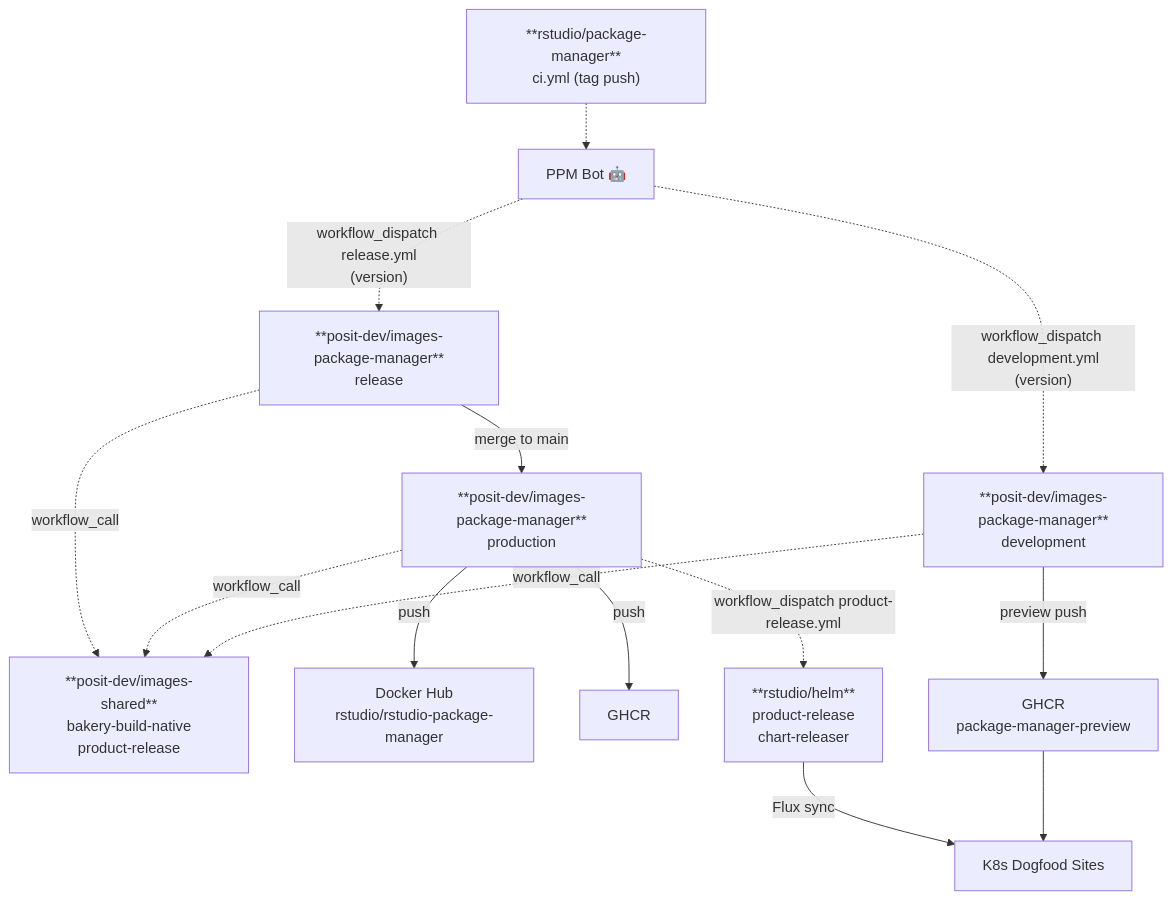
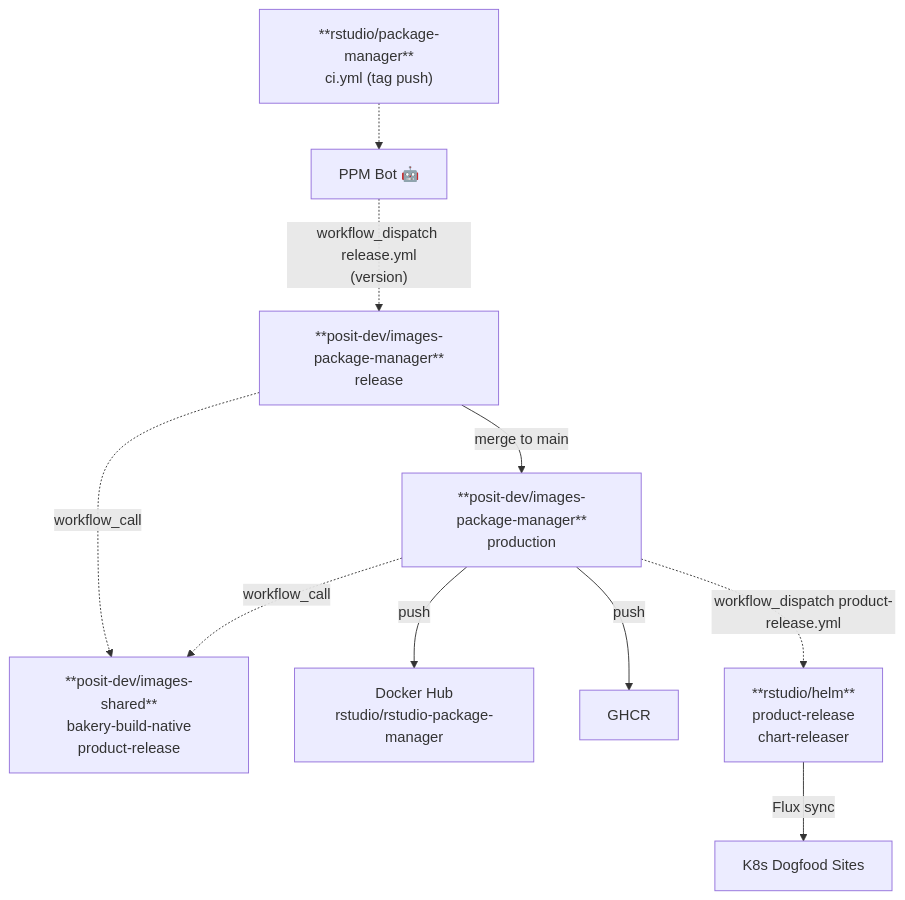
One commit to posit-dev/images-shared changed the eighth of 9 diagrams in docs/cross-repo-dag.md. Above: the diagram before and after it, drawn with Mermaid. The commit also changed other lines of this file, not shown here.

First line of the commit message:
Split per-product diagrams and fix consistency

````diff
--- a/docs/cross-repo-dag.md
+++ b/docs/cross-repo-dag.md
@@ -245,38 +285,30 @@
 ```mermaid
 graph TD
     PROD["**rstudio/package-manager**<br/>ci.yml (tag push)"]
     BOT["PPM Bot 🤖"]
 
     PROD -.-> BOT
-
     BOT -.->|"workflow_dispatch release.yml<br/>(version)"| IMG_RELEASE
-    BOT -.->|"workflow_dispatch development.yml<br/>(version)"| IMG_DEV
 
     SHARED["**posit-dev/images-shared**<br/>bakery-build-native<br/>product-release"]
 
     IMG_RELEASE["**posit-dev/images-package-manager**<br/>release"]
     IMG_PROD["**posit-dev/images-package-manager**<br/>production"]
-    IMG_DEV["**posit-dev/images-package-manager**<br/>development"]
 
     IMG_RELEASE -.->|workflow_call| SHARED
     IMG_PROD -.->|workflow_call| SHARED
-    IMG_DEV -.->|workflow_call| SHARED
 
     IMG_RELEASE -->|"merge to main"| IMG_PROD
 
     IMG_PROD -->|push| DOCKERHUB
     IMG_PROD -->|push| GHCR
-    IMG_DEV -->|preview push| GHCR_PREVIEW
 
     DOCKERHUB["Docker Hub<br/>rstudio/rstudio-package-manager"]
     GHCR["GHCR"]
-    GHCR_PREVIEW["GHCR<br/>package-manager-preview"]
 
     IMG_PROD -.->|"workflow_dispatch product-release.yml"| HELM
     HELM["**rstudio/helm**<br/>product-release<br/>chart-releaser"]
     HELM -->|Flux sync| K8S
 
-    GHCR_PREVIEW --> K8S
-
     K8S["K8s Dogfood Sites"]
 ```
````
